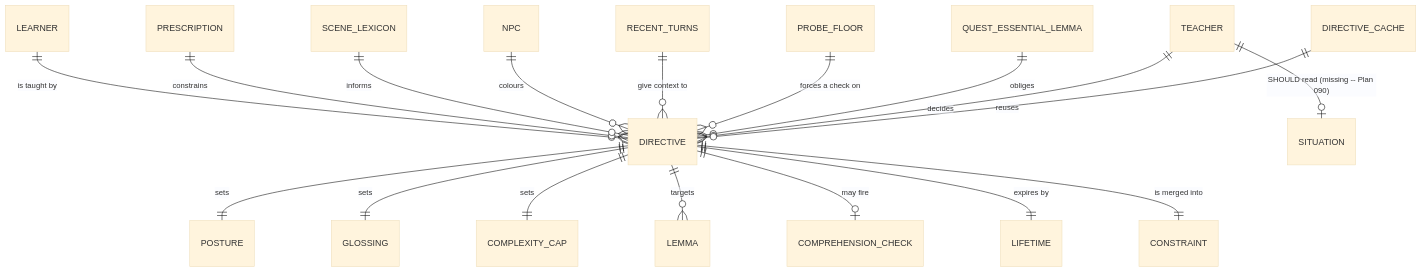
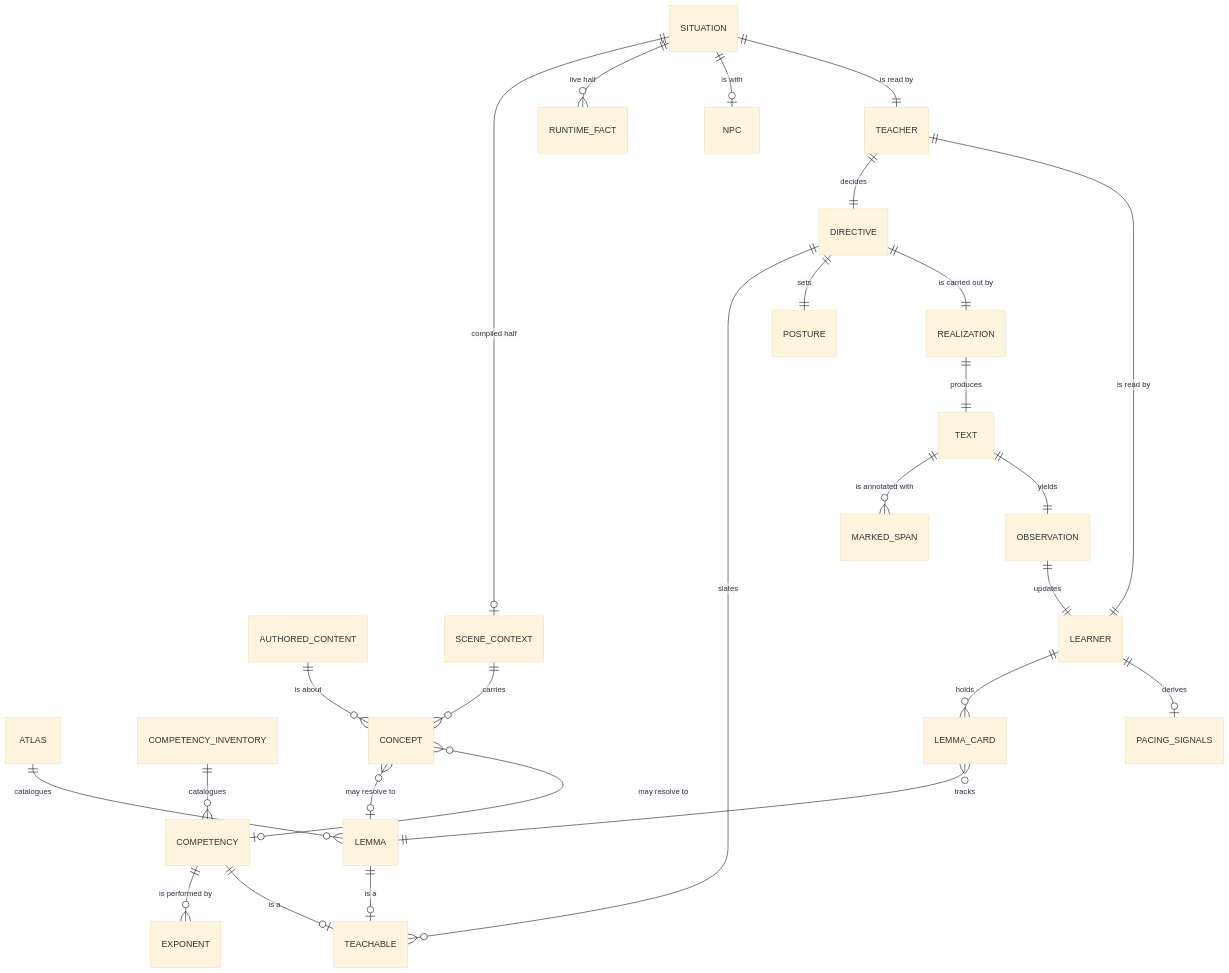
One commit to nikkileaps/sugarmagic changed the diagram in packages/plugins/src/catalog/sugarlang/docs/api/domain-model.md. Above: the diagram before and after it, drawn with Mermaid (base theme). The commit also changed other lines of this file and 11 other files, not shown here.

Commit message:
[wip] api docs: domain model + conversation flow

````diff
--- a/packages/plugins/src/catalog/sugarlang/docs/api/domain-model.md
+++ b/packages/plugins/src/catalog/sugarlang/docs/api/domain-model.md
@@ -77,23 +36,34 @@
 ```mermaid
 erDiagram
-    LEARNER ||--o{ DIRECTIVE : "is taught by"
-    PRESCRIPTION ||--o{ DIRECTIVE : "constrains"
-    SCENE_LEXICON ||--o{ DIRECTIVE : "informs"
-    NPC ||--o{ DIRECTIVE : "colours"
-    RECENT_TURNS ||--o{ DIRECTIVE : "give context to"
-    PROBE_FLOOR ||--o{ DIRECTIVE : "forces a check on"
-    QUEST_ESSENTIAL_LEMMA ||--o{ DIRECTIVE : "obliges"
+    ATLAS ||--o{ LEMMA : "catalogues"
+    COMPETENCY_INVENTORY ||--o{ COMPETENCY : "catalogues"
+    COMPETENCY ||--o{ EXPONENT : "is performed by"
 
-    TEACHER ||--o{ DIRECTIVE : "decides"
-    TEACHER ||--o| SITUATION : "SHOULD read (missing -- Plan 090)"
+    AUTHORED_CONTENT ||--o{ CONCEPT : "is about"
+    CONCEPT }o--o| LEMMA : "may resolve to"
+    CONCEPT }o--o| COMPETENCY : "may resolve to"
 
+    LEMMA ||--o| TEACHABLE : "is a"
+    COMPETENCY ||--o| TEACHABLE : "is a"
+
+    SCENE_CONTEXT ||--o{ CONCEPT : "carries"
+    SITUATION ||--o| SCENE_CONTEXT : "compiled half"
+    SITUATION ||--o{ RUNTIME_FACT : "live half"
+    SITUATION ||--o| NPC : "is with"
+
+    LEARNER ||--o{ LEMMA_CARD : "holds"
+    LEMMA_CARD }o--|| LEMMA : "tracks"
+    LEARNER ||--o| PACING_SIGNALS : "derives"
+
+    SITUATION ||--|| TEACHER : "is read by"
+    LEARNER ||--|| TEACHER : "is read by"
+    TEACHER ||--|| DIRECTIVE : "decides"
+    DIRECTIVE ||--o{ TEACHABLE : "slates"
     DIRECTIVE ||--|| POSTURE : "sets"
-    DIRECTIVE ||--|| GLOSSING : "sets"
-    DIRECTIVE ||--|| COMPLEXITY_CAP : "sets"
-    DIRECTIVE ||--o{ LEMMA : "targets"
-    DIRECTIVE ||--o| COMPREHENSION_CHECK : "may fire"
-    DIRECTIVE ||--|| LIFETIME : "expires by"
 
-    DIRECTIVE_CACHE ||--o{ DIRECTIVE : "reuses"
-    DIRECTIVE ||--|| CONSTRAINT : "is merged into"
+    DIRECTIVE ||--|| REALIZATION : "is carried out by"
+    REALIZATION ||--|| TEXT : "produces"
+    TEXT ||--o{ MARKED_SPAN : "is annotated with"
+    TEXT ||--|| OBSERVATION : "yields"
+    OBSERVATION ||--|| LEARNER : "updates"
 ```
````
